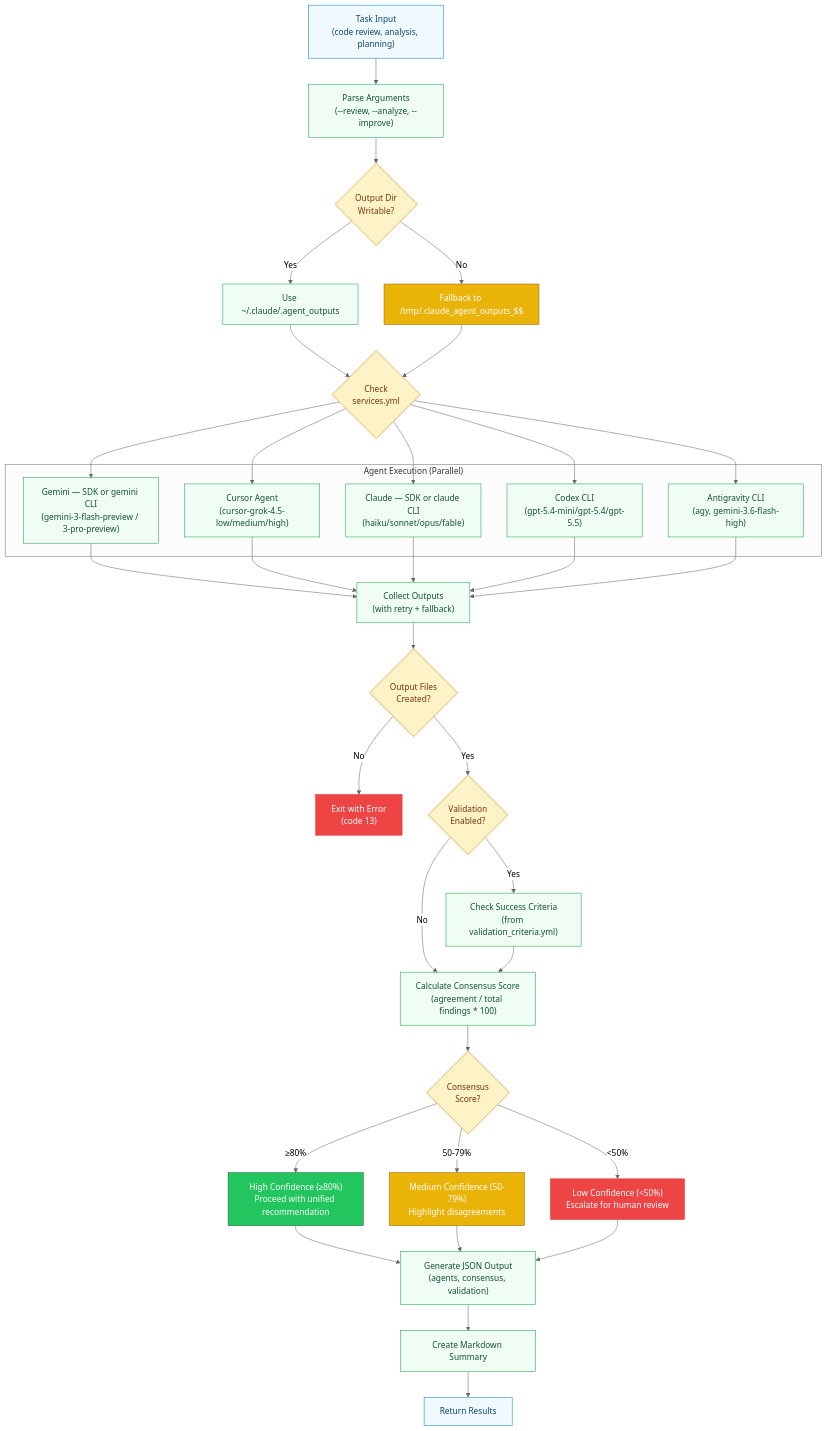
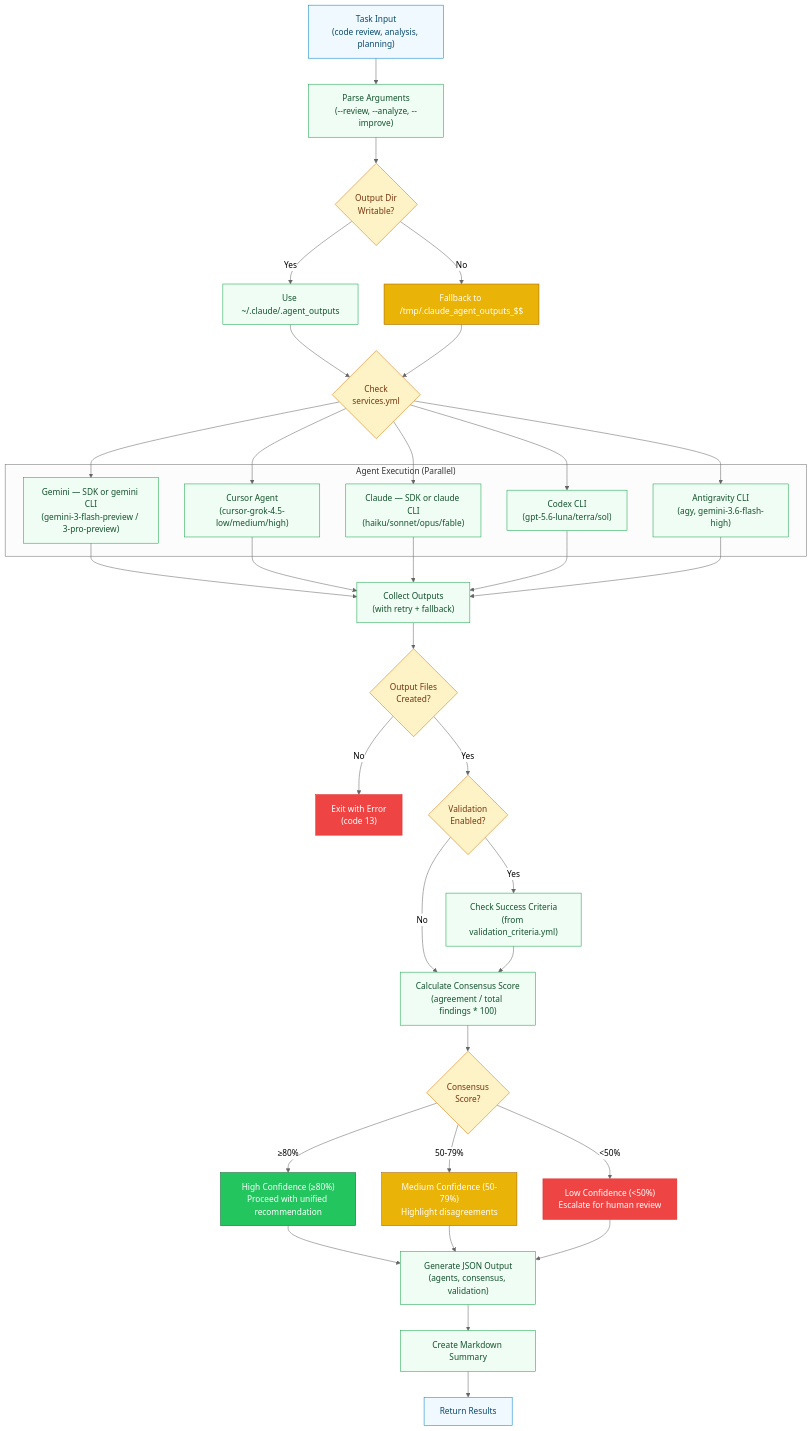
One commit to RB-chrismandich/Manifest changed the seventh of 20 diagrams in docs/ARCHITECTURE_DIAGRAMS.md. Above: the diagram before and after it, drawn with Mermaid. The commit also changed other lines of this file and 16 other files, not shown here.

```diff
--- a/docs/ARCHITECTURE_DIAGRAMS.md
+++ b/docs/ARCHITECTURE_DIAGRAMS.md
@@ -580,7 +580,7 @@
         GEMINI_EXEC["Gemini — SDK or gemini CLI<br/>(gemini-3-flash-preview / 3-pro-preview)"]:::process
         CURSOR_EXEC["Cursor Agent<br/>(cursor-grok-4.5-low/medium/high)"]:::process
         CLAUDE_EXEC["Claude — SDK or claude CLI<br/>(haiku/sonnet/opus/fable)"]:::process
-        CODEX_EXEC["Codex CLI<br/>(gpt-5.4-mini/gpt-5.4/gpt-5.5)"]:::process
+        CODEX_EXEC["Codex CLI<br/>(gpt-5.6-luna/terra/sol)"]:::process
         AGY_EXEC["Antigravity CLI<br/>(agy, gemini-3.6-flash-high)"]:::process
     end
 
```
